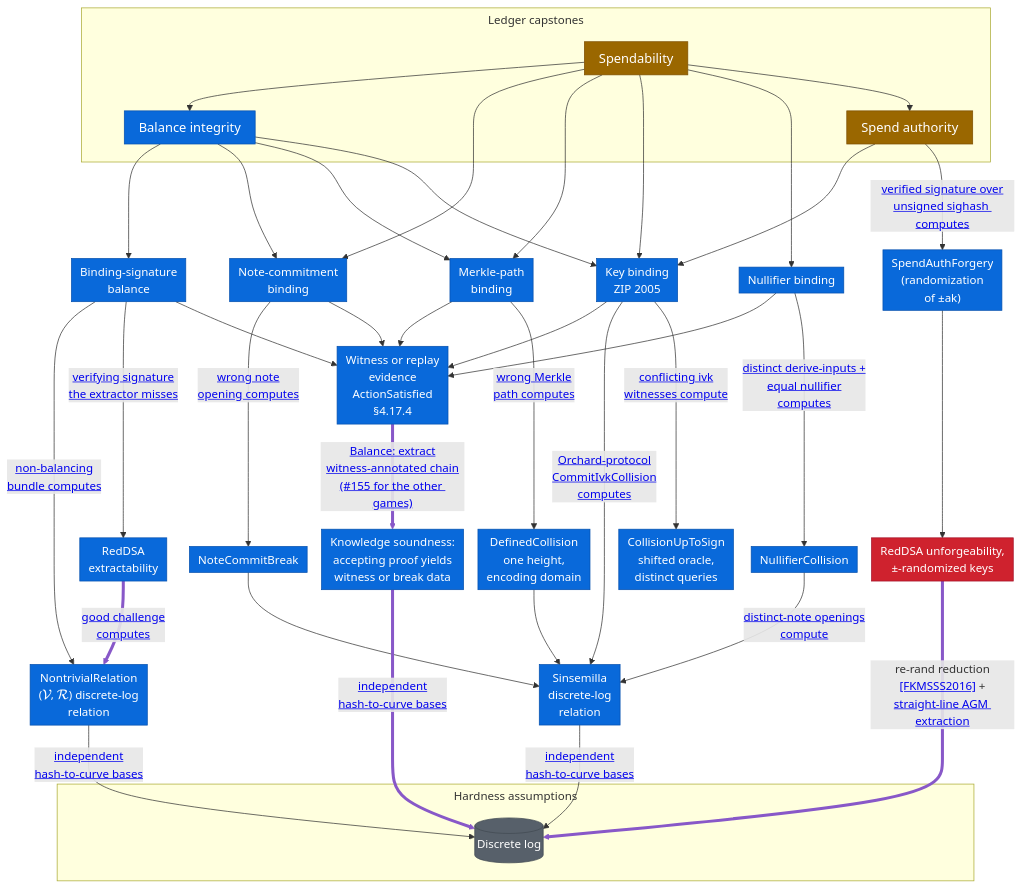
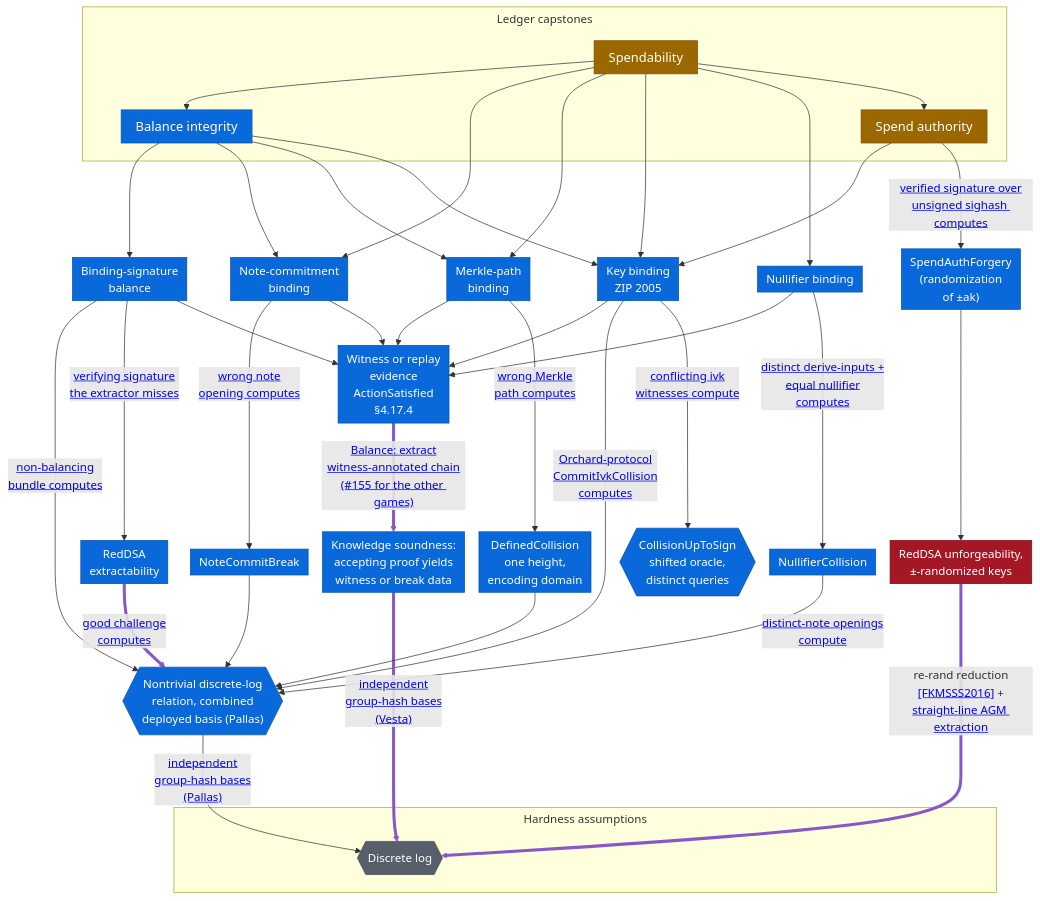
Before and after one commit to daira/ironwood: the diagram in book/src/formal-verification/ledger-security-games.md, drawn with Mermaid. The commit also changed other lines of this file and 3 other files, not shown here.

````diff
--- a/book/src/formal-verification/ledger-security-games.md
+++ b/book/src/formal-verification/ledger-security-games.md
@@ -39,10 +39,10 @@
   SPENDAUTH --> KB
 
   subgraph ASSUMPTIONS["Hardness assumptions"]
-    DL[("Discrete log")]
+    DL{{"<span style='display:block; height:0.5em'></span>Discrete log<span style='display:block; height:0.5em'></span>"}}
   end
 
-  BS --->|"<a target='_blank' href='https://github.com/zcash/ironwood/blob/main/Zcash/Security/BindingSignature/Balance.lean'>non-balancing<br/>bundle computes</a>"| NDLR["NontrivialRelation<br/>(<span class='katex'><span class='mord mathcal'>V</span></span>,&nbsp;<span class='katex'><span class='mord mathcal'>R</span></span>) discrete-log<br/>relation"]
+  BS --->|"<a target='_blank' href='https://github.com/zcash/ironwood/blob/main/Zcash/Security/BindingSignature/Balance.lean'>non-balancing<br/>bundle computes</a>"| CDLR{{"<span style='display:block; height:0.5em'></span>Nontrivial discrete-log<br/>relation, combined<br/>deployed basis (Pallas)<span style='display:block; height:0.5em'></span>"}}
   BS --->|"<a target='_blank' href='https://github.com/zcash/ironwood/blob/main/Zcash/Security/Ledger/ExtractionArm.lean'>verifying signature<br/>the extractor misses</a>"| KERR["RedDSA<br/>extractability"]
   BS --> STMT["Witness or replay<br/>evidence<br/>ActionSatisfied<br/>§4.17.4"]
   NCB --->|"<a target='_blank' href='https://github.com/zcash/ironwood/blob/main/Zcash/Security/Ledger/Statement.lean'>wrong note<br/>opening computes</a>"| NCBK["NoteCommitBreak"]
@@ -50,21 +50,20 @@
   MERK --> STMT
   MERK --->|"<a target='_blank' href='https://github.com/zcash/ironwood/blob/main/Zcash/Security/Ledger/Merkle.lean'>wrong Merkle<br/>path computes</a>"| MC["DefinedCollision<br/>one height,<br/>encoding domain"]
   KB --> STMT
-  KB --->|"<a target='_blank' href='https://github.com/zcash/ironwood/blob/main/Zcash/Security/Ledger/KeyBindingDLR.lean'>Orchard-protocol<br/>CommitIvkCollision<br/>computes</a>"| SDLR
-  KB --->|"<a target='_blank' href='https://github.com/zcash/ironwood/blob/main/Zcash/Security/KeyBinding/Basic.lean'>conflicting ivk<br/>witnesses compute</a>"| CUS["CollisionUpToSign<br/>shifted oracle,<br/>distinct queries"]
+  KB --->|"<a target='_blank' href='https://github.com/zcash/ironwood/blob/main/Zcash/Security/Ledger/KeyBindingDLR.lean'>Orchard-protocol<br/>CommitIvkCollision<br/>computes</a>"| CDLR
+  KB --->|"<a target='_blank' href='https://github.com/zcash/ironwood/blob/main/Zcash/Security/KeyBinding/Basic.lean'>conflicting ivk<br/>witnesses compute</a>"| CUS{{"<span style='display:block; height:0.5em'></span>CollisionUpToSign<br/>shifted oracle,<br/>distinct queries<span style='display:block; height:0.5em'></span>"}}
   NFB --> STMT
   NFB --->|"<a target='_blank' href='https://github.com/zcash/ironwood/blob/main/Zcash/Security/Ledger/Spendability.lean'>distinct derive-inputs +<br/>equal nullifier<br/>computes</a>"| NFC["NullifierCollision"]
   SPENDAUTH -->|"<a target='_blank' href='https://github.com/zcash/ironwood/blob/main/Zcash/Security/Ledger/SpendAuthority.lean'>verified signature over<br/>unsigned sighash computes</a>"| SAF["SpendAuthForgery<br/>(randomization<br/>of ±ak)"]
 
   STMT STMTtoKS@-->|"<a target='_blank' href='https://github.com/zcash/ironwood/blob/main/Zcash/Security/Ledger/OrchardExtractionExperiment.lean'>Balance: extract<br/>witness-annotated chain<br/>(#155 for the other games)</a>"| KS["Knowledge soundness:<br/>accepting proof yields<br/>witness or break data"]
-  NCBK --> SDLR["Sinsemilla<br/>discrete-log<br/>relation"]
+  NCBK --> CDLR
 
-  KERR KERRtoNDLR@==>|"<a target='_blank' href='https://github.com/zcash/ironwood/blob/main/Zcash/Security/RedDSA/Extraction.lean'>good challenge<br/>computes</a>"| NDLR
-  NDLR -->|"<a target='_blank' href='https://github.com/zcash/ironwood/blob/main/Zcash/Security/BindingSignature/DiscreteLog.lean'>independent<br/>hash-to-curve bases</a>"| DL
-  SDLR -->|"<a target='_blank' href='https://github.com/zcash/ironwood/blob/main/Zcash/Security/BindingSignature/DiscreteLog.lean'>independent<br/>hash-to-curve bases</a>"| DL
-  KS KStoDL@===>|"<a target='_blank' href='https://github.com/zcash/ironwood/blob/main/Zcash/Snark/Soundness/Action/AdaptiveStatementKnowledge.lean'>independent<br/>hash-to-curve bases</a>"| DL
-  MC --> SDLR
-  NFC -->|"<a target='_blank' href='https://github.com/zcash/ironwood/blob/main/Zcash/Security/Ledger/Nullifier.lean'>distinct-note openings<br/>compute</a>"| SDLR
+  KERR KERRtoCDLR@==>|"<a target='_blank' href='https://github.com/zcash/ironwood/blob/main/Zcash/Security/RedDSA/Extraction.lean'>good challenge<br/>computes</a>"| CDLR
+  CDLR -->|"<a target='_blank' href='https://github.com/zcash/ironwood/blob/main/Zcash/Security/BindingSignature/DiscreteLog.lean'>independent<br/>group-hash bases<br/>(Pallas)</a>"| DL
+  KS KStoDL@===>|"<a target='_blank' href='https://github.com/zcash/ironwood/blob/main/Zcash/Snark/Soundness/Action/AdaptiveStatementKnowledge.lean'>independent<br/>group-hash bases<br/>(Vesta)</a>"| DL
+  MC --> CDLR
+  NFC -->|"<a target='_blank' href='https://github.com/zcash/ironwood/blob/main/Zcash/Security/Ledger/Nullifier.lean'>distinct-note openings<br/>compute</a>"| CDLR
   SAF ---> RDSA["RedDSA unforgeability,<br/>±-randomized keys"]
   RDSA RDSAtoDL@===>|"re-rand reduction<br/><a target='_blank' href='https://eprint.iacr.org/2015/395'>[FKMSSS2016]</a> +<br/><a target='_blank' href='https://eprint.iacr.org/2019/877'>straight-line AGM extraction</a>"| DL
 
@@ -82,8 +81,7 @@
   click CUS "https://github.com/zcash/ironwood/blob/main/Zcash/Security/Common/RandomOracle.lean" _blank
   click NFC "https://github.com/zcash/ironwood/blob/main/Zcash/Security/Ledger/Spendability.lean" _blank
   click SAF "https://github.com/zcash/ironwood/blob/main/Zcash/Security/Ledger/SpendAuthority.lean" _blank
-  click NDLR "https://github.com/zcash/ironwood/blob/main/Zcash/Common/DiscreteLogRelation.lean" _blank
-  click SDLR "https://github.com/zcash/ironwood/blob/main/Zcash/Common/DiscreteLogRelation.lean" _blank
+  click CDLR "https://github.com/zcash/ironwood/blob/main/Zcash/Security/Ledger/SinsemillaDLR.lean" _blank
   click KS "https://github.com/zcash/ironwood/blob/main/Zcash/Snark/Soundness/Relation/KnowledgeSoundness.lean" _blank
   click DL "https://github.com/zcash/ironwood/blob/main/Zcash/Common/DiscreteLogRelation.lean" _blank
   click KERR "https://github.com/zcash/ironwood/blob/main/Zcash/Security/Ledger/ExtractionKnowledgeError.lean" _blank
@@ -92,12 +90,12 @@
   classDef proven fill:#1a7f37,stroke:#116329,color:#ffffff
   classDef checked fill:#0969da,stroke:#0550ae,color:#ffffff
   classDef partial fill:#9a6700,stroke:#7d4e00,color:#ffffff
-  classDef hyp fill:#cf222e,stroke:#a40e26,color:#ffffff
+  classDef hyp fill:#a41826,stroke:#82071e,color:#ffffff
   classDef assumed fill:#57606a,stroke:#424a53,color:#ffffff
   class SPEND,SPENDAUTH partial
-  class BAL,NCB,BS,KB,MERK,NFB,STMT,NDLR,CUS,NCBK,MC,NFC,SAF,SDLR,KERR,KS checked
+  class BAL,NCB,BS,KB,MERK,NFB,STMT,CDLR,CUS,NCBK,MC,NFC,SAF,KERR,KS checked
   class RDSA hyp
   class DL assumed
   classDef agmEdge stroke:#8858c8,stroke-width:4.2px
-  class KERRtoNDLR,KStoDL,RDSAtoDL,STMTtoKS agmEdge
+  class KERRtoCDLR,KStoDL,RDSAtoDL,STMTtoKS agmEdge
 ```
````
